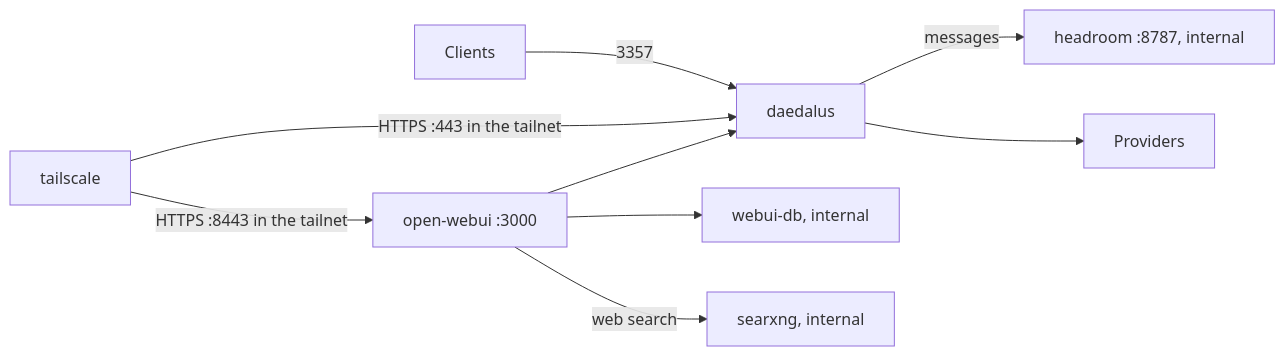
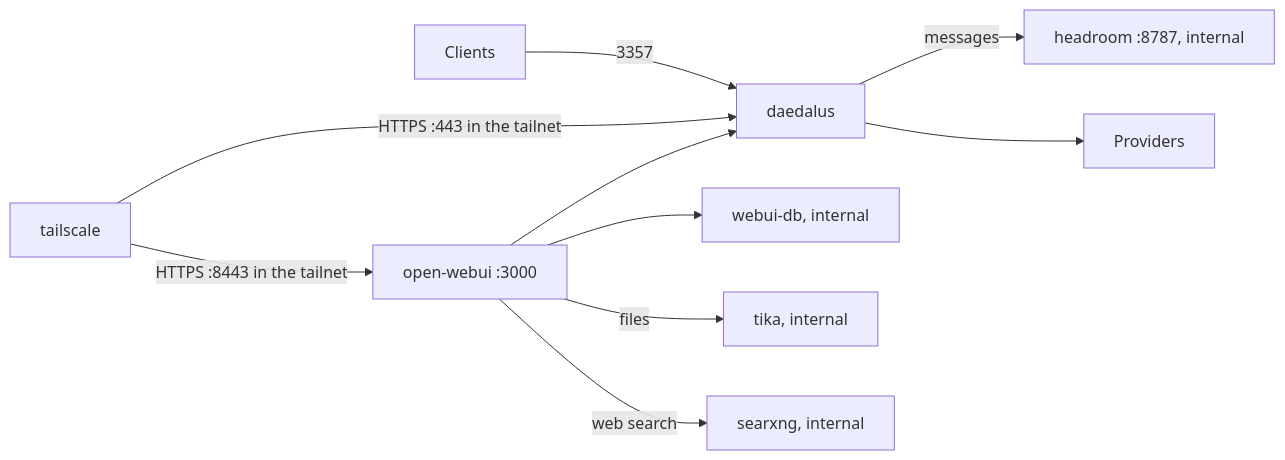
The diagram in docs/deployment.md (nemoe7/daedalus), drawn with Mermaid before and after one commit. The commit also changed other lines of this file and 1 other file, not shown here.

Commit message:
feat(webui): read PDF and Office files with Tika and OCR

````diff
--- a/docs/deployment.md
+++ b/docs/deployment.md
@@ -29,11 +29,12 @@
 ```mermaid
 flowchart LR
   C[Clients] -->|3357| D[daedalus]
   W[open-webui :3000] --> D
   W --> V[webui-db, internal]
+  W -->|files| K[tika, internal]
   W -->|web search| S[searxng, internal]
   D -->|messages| H[headroom :8787, internal]
   T[tailscale] -->|HTTPS :443 in the tailnet| D
   T -->|HTTPS :8443 in the tailnet| W
   D --> P[Providers]
 ```
````
